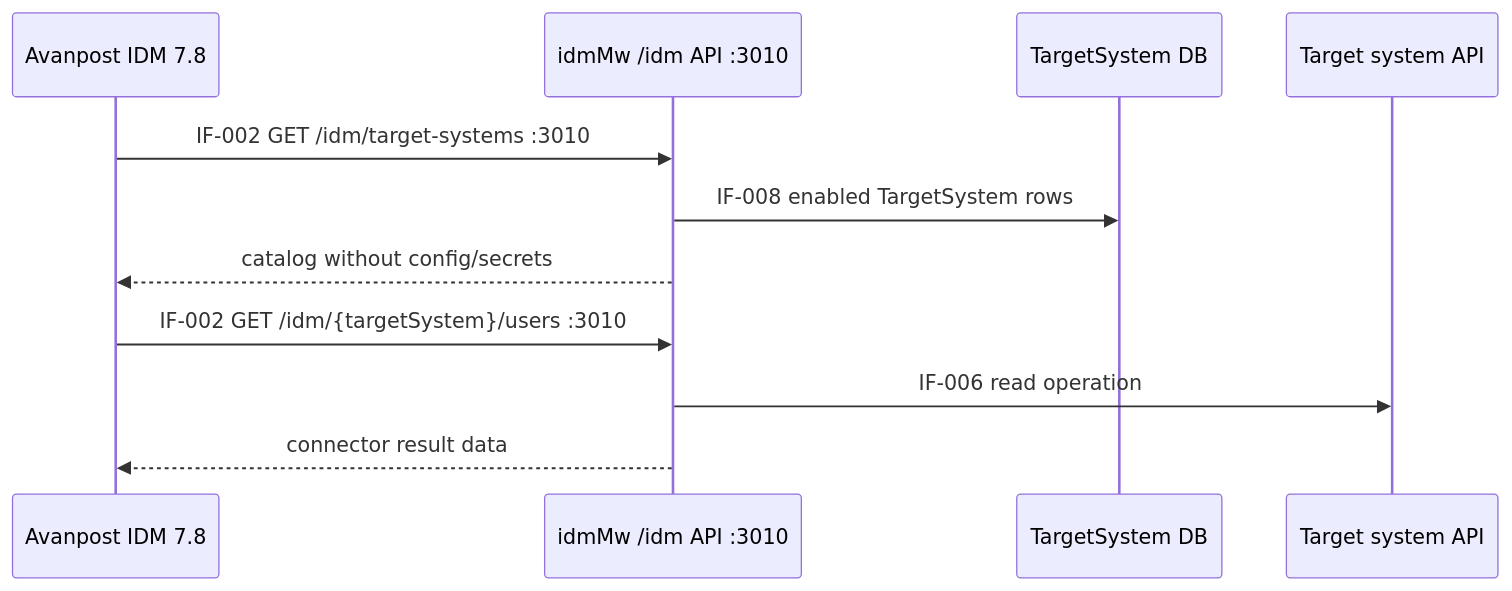
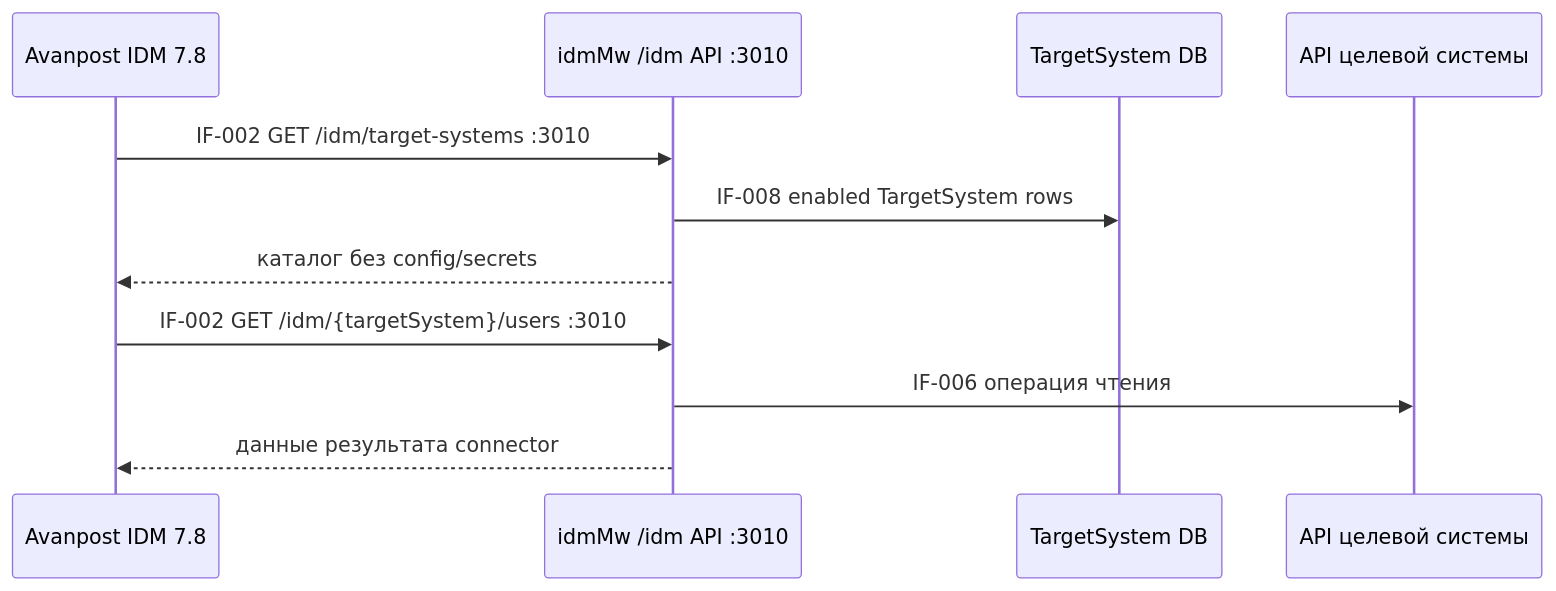
The second of 5 diagrams in aa/business-processes.md (igorlyapin-max/idmMw), drawn with Mermaid before and after one commit. The commit also changed other lines of this file and 11 other files, not shown here.

Commit message:
docs: translate architecture artifacts to Russian

````diff
--- a/aa/business-processes.md
+++ b/aa/business-processes.md
@@ -45,14 +45,14 @@
 ```mermaid
 sequenceDiagram
   participant IDM as Avanpost IDM 7.8
   participant MW as idmMw /idm API :3010
   participant DB as TargetSystem DB
-  participant Target as Target system API
+  participant Target as API целевой системы
 
   IDM->>MW: IF-002 GET /idm/target-systems :3010
   MW->>DB: IF-008 enabled TargetSystem rows
-  MW-->>IDM: catalog without config/secrets
+  MW-->>IDM: каталог без config/secrets
   IDM->>MW: IF-002 GET /idm/{targetSystem}/users :3010
-  MW->>Target: IF-006 read operation
-  MW-->>IDM: connector result data
+  MW->>Target: IF-006 операция чтения
+  MW-->>IDM: данные результата connector
 ```
````
